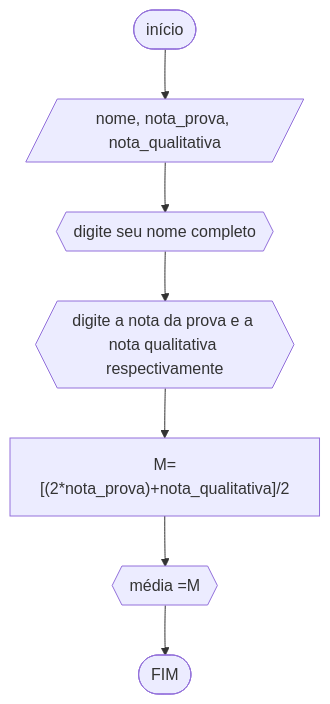
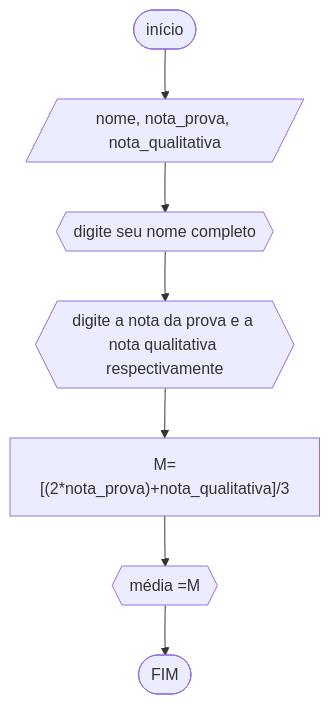
The diagram in RLA/RLA2/lista_exercício2.8.md (yeesusu/UNIFOR), drawn with Mermaid before and after one commit. The commit also changed other lines of this file, not shown here.

````diff
--- a/RLA/RLA2/lista_exercício2.8.md
+++ b/RLA/RLA2/lista_exercício2.8.md
@@ -6,9 +6,9 @@
 ```mermaid
 flowchart TD
 A([início])-->B[/nome, nota_prova, nota_qualitativa/]
 B-->C{{"digite seu nome completo"}}
 C-->D{{"digite a nota da prova e a nota qualitativa respectivamente"}}
-D-->E["M=[(2*nota_prova)+nota_qualitativa]/2"]
+D-->E["M=[(2*nota_prova)+nota_qualitativa]/3"]
 E-->F{{"média ="M}}
 F-->Z([FIM])
 ```
````
